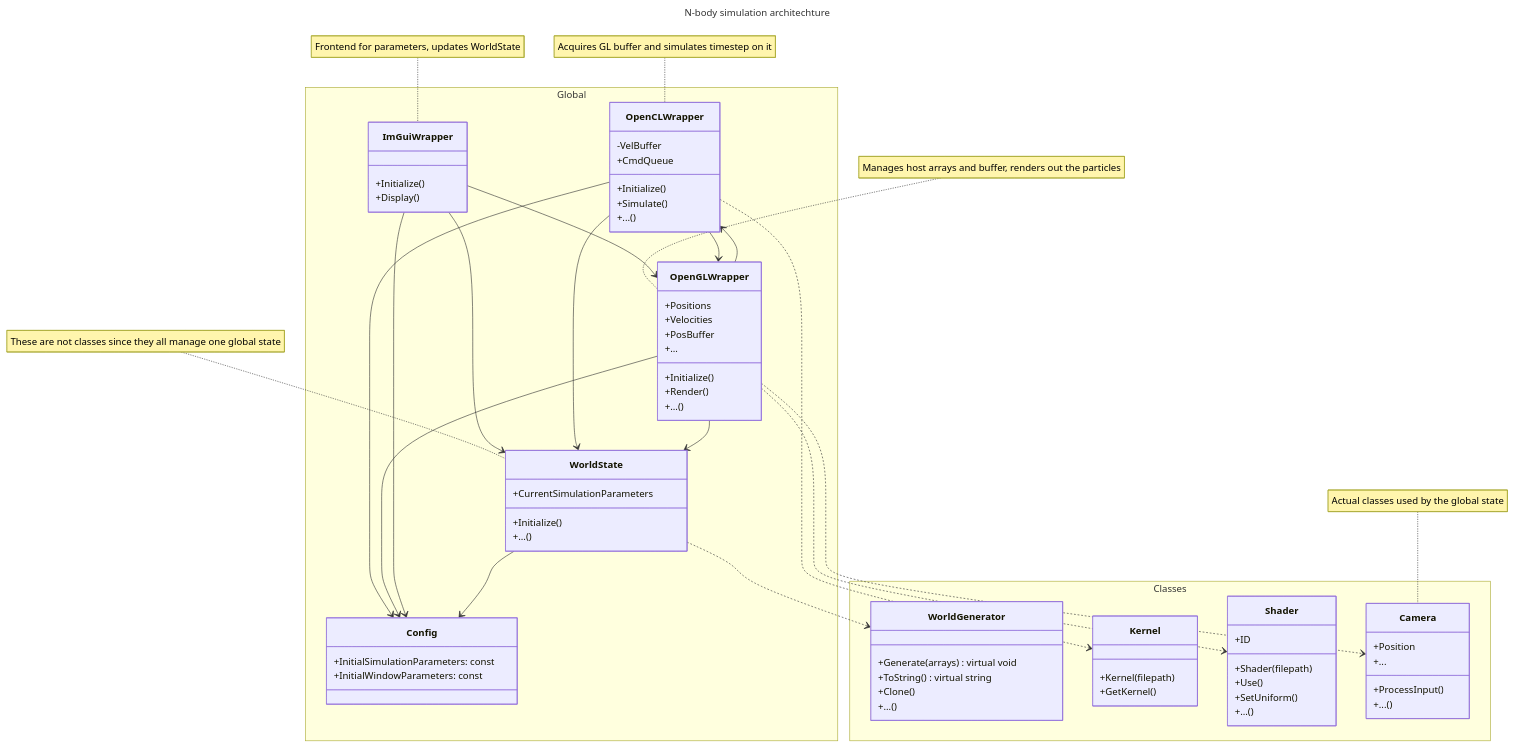
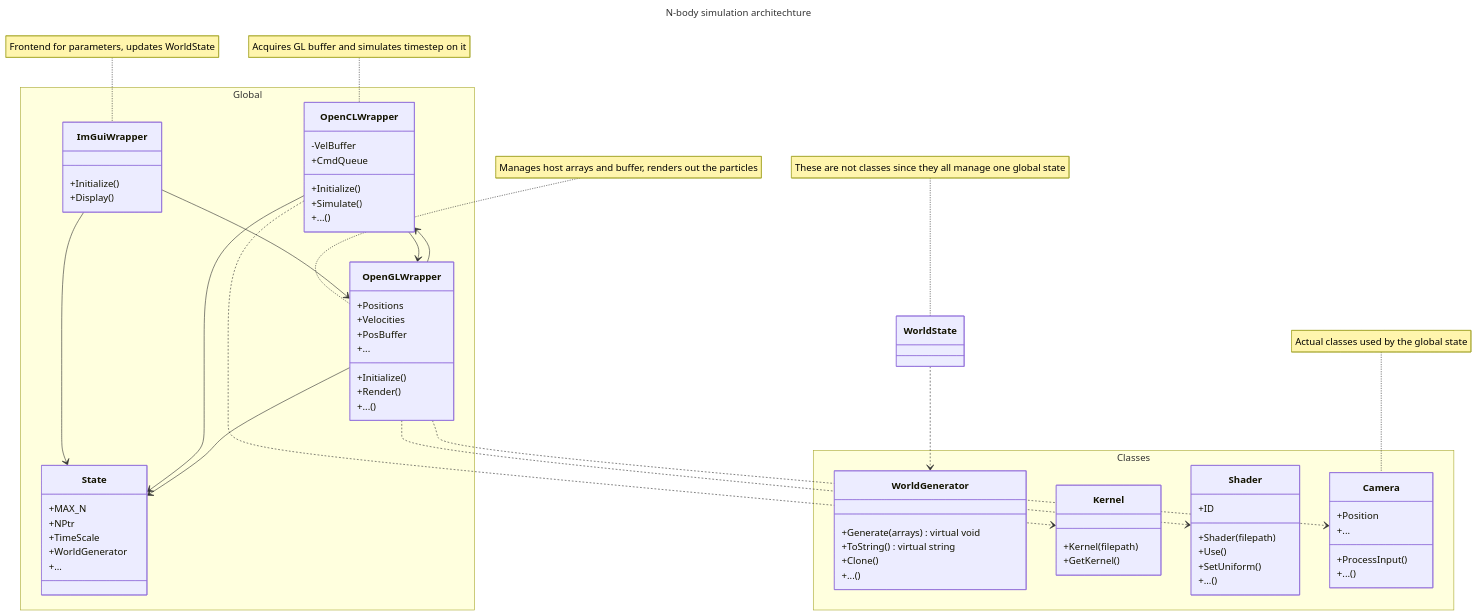
The diagram in README.md (22ms/n-body-sim), drawn with Mermaid before and after one commit.

Commit message:
Update README.md
Account for new architecture

```diff
--- a/README.md
+++ b/README.md
@@ -109,27 +109,20 @@
 OpenGLWrapper..>Shader
 OpenGLWrapper..>Camera
 
-OpenCLWrapper-->Config
-OpenGLWrapper-->Config
-ImGuiWrapper-->Config
-WorldState-->Config
-
 ImGuiWrapper-->OpenGLWrapper
 OpenCLWrapper-->OpenGLWrapper
 OpenGLWrapper-->OpenCLWrapper
 
-ImGuiWrapper-->WorldState
-OpenCLWrapper-->WorldState
-OpenGLWrapper-->WorldState
+ImGuiWrapper-->State
+OpenCLWrapper-->State
+OpenGLWrapper-->State
 namespace Global {
-  class Config {
-    +InitialSimulationParameters: const
-    +InitialWindowParameters: const
-  }
-  class WorldState {
-    +CurrentSimulationParameters
-    +Initialize()
-    +...()
+  class State {
+    +MAX_N
+    +NPtr
+    +TimeScale
+    +WorldGenerator
+    +...
   }
   class OpenGLWrapper {
     +Positions
```
